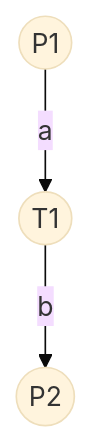
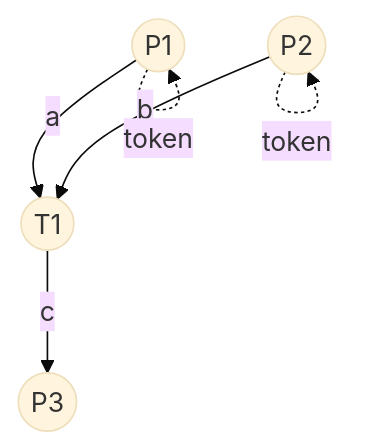
One commit to AdaMartin18010/Lean changed the third of 12 diagrams in analysis/1-形式化理论/1.4-Petri网与分布式系统/1.4.6-图表与多表征.md. Above: the diagram before and after it, drawn with Mermaid (base theme). The commit also changed other lines of this file and 23 other files, not shown here.

````diff
--- a/analysis/1-形式化理论/1.4-Petri网与分布式系统/1.4.6-图表与多表征.md
+++ b/analysis/1-形式化理论/1.4-Petri网与分布式系统/1.4.6-图表与多表征.md
@@ -21,5 +51,9 @@
 ```mermaid
 graph TD
   P1((P1)) -->|a| T1((T1))
-  T1 -->|b| P2((P2))
+  P2((P2)) -->|b| T1
+  T1 -->|c| P3((P3))
+  
+  P1 -.->|token| P1
+  P2 -.->|token| P2
 ```
````
